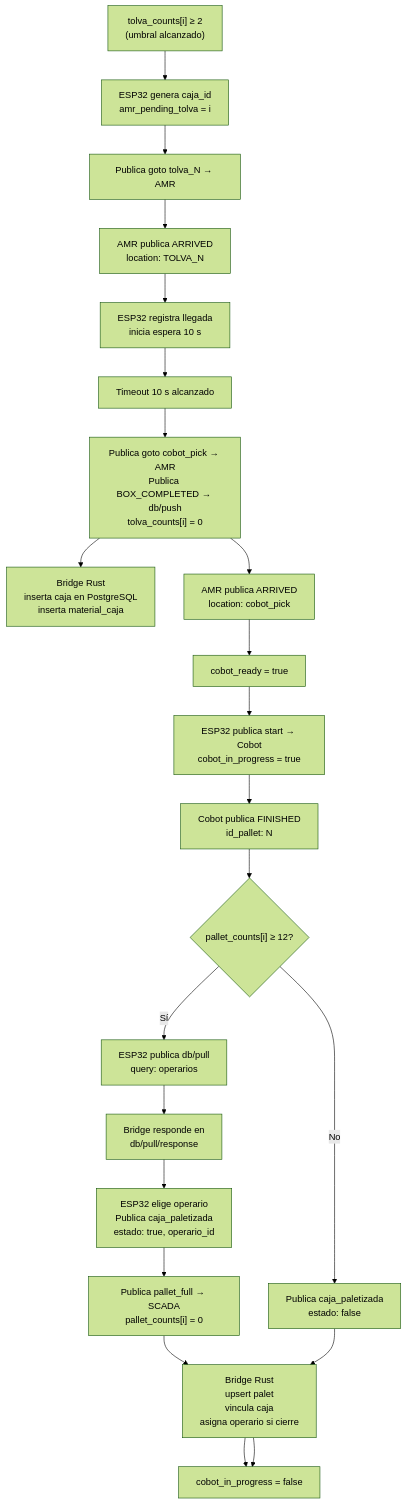
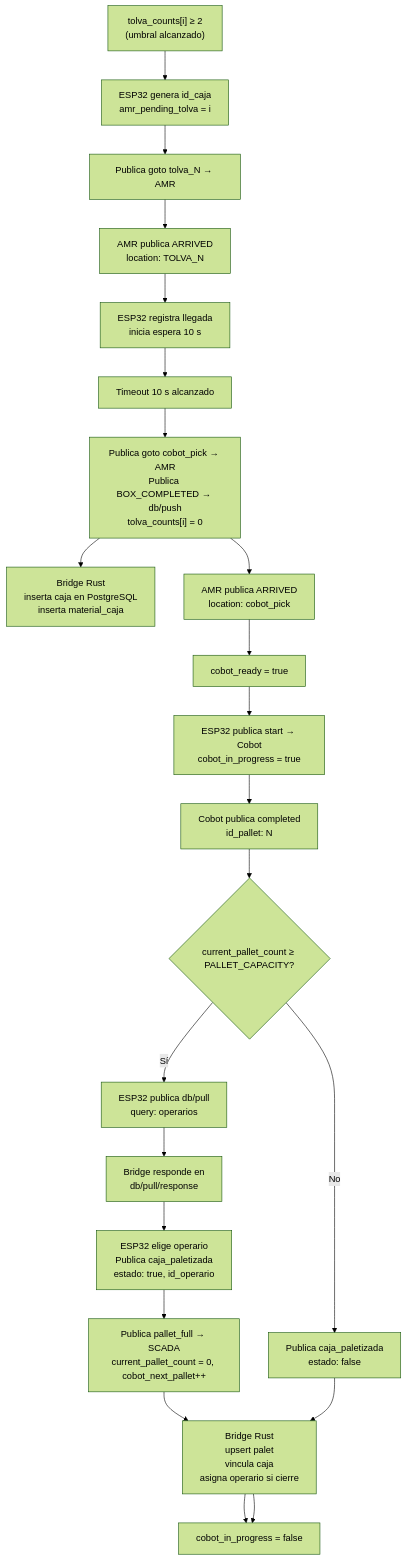
One commit to PR2-A1/Proyecto changed the third of 7 diagrams in c/Diagramas_flujo.md. Above: the diagram before and after it, drawn with Mermaid (forest theme). The commit also changed other lines of this file and 21 other files, not shown here.

````diff
--- a/c/Diagramas_flujo.md
+++ b/c/Diagramas_flujo.md
@@ -81,29 +81,29 @@
 ```mermaid
 flowchart TD
     A["tolva_counts[i] ≥ 2\n(umbral alcanzado)"]
-    B["ESP32 genera caja_id\namr_pending_tolva = i"]
+    B["ESP32 genera id_caja\namr_pending_tolva = i"]
     C["Publica goto tolva_N → AMR"]
     D["AMR publica ARRIVED\nlocation: TOLVA_N"]
     E["ESP32 registra llegada\ninicia espera 10 s"]
     F["Timeout 10 s alcanzado"]
     G["Publica goto cobot_pick → AMR\nPublica BOX_COMPLETED → db/push\ntolva_counts[i] = 0"]
     H["Bridge Rust\ninserta caja en PostgreSQL\ninserta material_caja"]
     I["AMR publica ARRIVED\nlocation: cobot_pick"]
     J["cobot_ready = true"]
     K["ESP32 publica start → Cobot\ncobot_in_progress = true"]
-    L["Cobot publica FINISHED\nid_pallet: N"]
-    M{"pallet_counts[i] ≥ 12?"}
+    L["Cobot publica completed\nid_pallet: N"]
+    M{"current_pallet_count ≥ PALLET_CAPACITY?"}
     N["ESP32 publica db/pull\nquery: operarios"]
     O["Bridge responde en\ndb/pull/response"]
-    P["ESP32 elige operario\nPublica caja_paletizada\nestado: true, operario_id"]
-    Q["Publica pallet_full → SCADA\npallet_counts[i] = 0"]
+    P["ESP32 elige operario\nPublica caja_paletizada\nestado: true, id_operario"]
+    Q["Publica pallet_full → SCADA\ncurrent_pallet_count = 0, cobot_next_pallet++"]
     R["Publica caja_paletizada\nestado: false"]
     S["Bridge Rust\nupsert palet\nvincula caja\nasigna operario si cierre"]
     T["cobot_in_progress = false"]
 
     A --> B --> C --> D --> E --> F --> G
     G --> H
     G --> I --> J --> K --> L --> M
     M -->|Sí| N --> O --> P --> Q --> S --> T
     M -->|No| R --> S --> T
 ```
````
